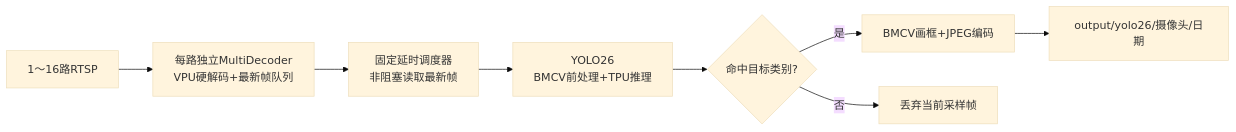
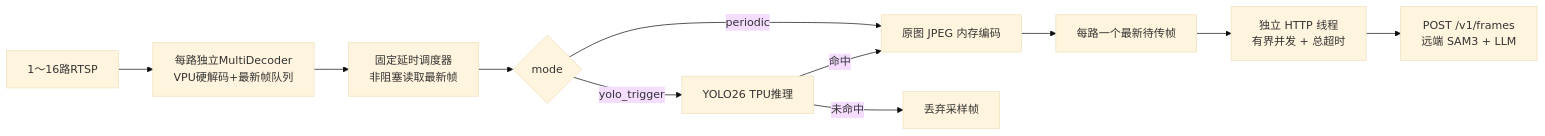
Before and after one commit to dongxuecheng/sophgo-rtsp-yolo-sam3: the diagram in README.md, drawn with Mermaid (base theme). The commit also changed other lines of this file and 20 other files, not shown here.

````diff
--- a/README.md
+++ b/README.md
@@ -9,10 +16,13 @@
 ```mermaid
 flowchart LR
     R["1～16路RTSP"] --> D["每路独立MultiDecoder<br/>VPU硬解码+最新帧队列"]
     D --> S["固定延时调度器<br/>非阻塞读取最新帧"]
-    S --> Y["YOLO26<br/>BMCV前处理+TPU推理"]
-    Y --> H{"命中目标类别?"}
-    H -->|是| W["BMCV画框+JPEG编码"]
-    H -->|否| X["丢弃当前采样帧"]
-    W --> O["output/yolo26/摄像头/日期"]
+    S --> M{"mode"}
+    M -->|yolo_trigger| Y["YOLO26 TPU推理"]
+    Y -->|命中| E["原图 JPEG 内存编码"]
+    Y -->|未命中| X["丢弃采样帧"]
+    M -->|periodic| E
+    E --> Q["每路一个最新待传帧"]
+    Q --> H["独立 HTTP 线程<br/>有界并发 + 总超时"]
+    H --> A["POST /v1/frames<br/>远端 SAM3 + LLM"]
 ```
````
